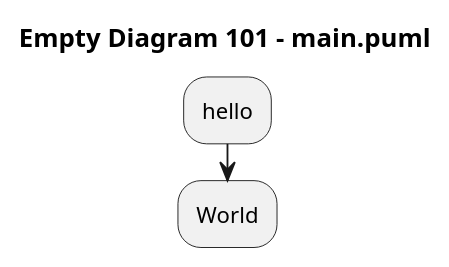
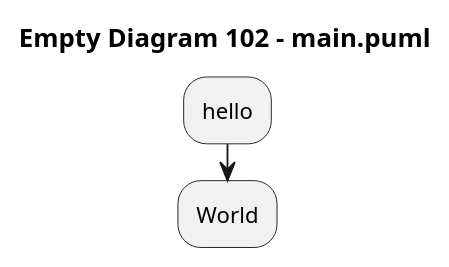
The diagram in main.puml (arwenvaughan/test1), drawn with PlantUML before and after one commit.

Commit message:
PlantText Commit: .

```diff
--- a/main.puml
+++ b/main.puml
@@ -1,7 +1,7 @@
 @startuml
 
-title Empty Diagram 101 - main.puml
+title Empty Diagram 102 - main.puml
 :hello;
 :World;
 
 @enduml
```
